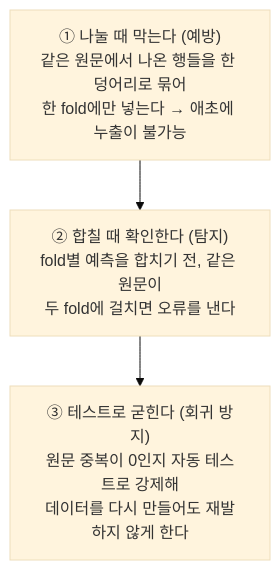
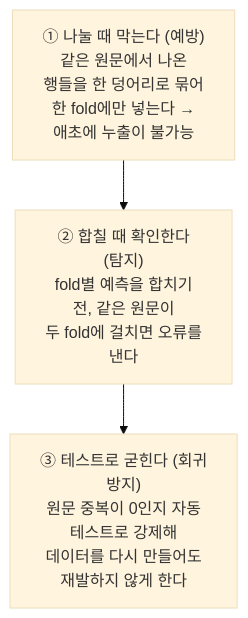
Before and after one commit to groovallstar/ner-pipeline-public: the fourth of 4 diagrams in docs/manual/pipeline/3-verification.md, drawn with Mermaid (base theme). The commit also changed other lines of this file and 7 other files, not shown here.

First line of the commit message:
docs: mermaid CJK 세로 잘림 해소 — 긴 라벨 줄바꿈

````diff
--- a/docs/manual/pipeline/3-verification.md
+++ b/docs/manual/pipeline/3-verification.md
@@ -178,6 +178,6 @@
 ```mermaid
 flowchart TD
-    A["① 나눌 때 막는다 (예방)<br/>같은 원문에서 나온 행들을 한 덩어리로 묶어<br/>한 fold에만 넣는다 → 애초에 누출이 불가능"]
-    A --> B["② 합칠 때 확인한다 (탐지)<br/>fold별 예측을 합치기 전, 같은 원문이<br/>두 fold에 걸치면 오류를 낸다"]
-    B --> C["③ 테스트로 굳힌다 (회귀 방지)<br/>원문 중복이 0인지 자동 테스트로 강제해<br/>데이터를 다시 만들어도 재발하지 않게 한다"]
+    A["① 나눌 때 막는다 (예방)<br/>같은 원문에서 나온<br/>행들을 한 덩어리로 묶어<br/>한 fold에만 넣는다 →<br/>애초에 누출이 불가능"]
+    A --> B["② 합칠 때 확인한다<br/>(탐지)<br/>fold별 예측을 합치기<br/>전, 같은 원문이<br/>두 fold에 걸치면 오류를<br/>낸다"]
+    B --> C["③ 테스트로 굳힌다 (회귀<br/>방지)<br/>원문 중복이 0인지 자동<br/>테스트로 강제해<br/>데이터를 다시 만들어도<br/>재발하지 않게 한다"]
 ```
````
